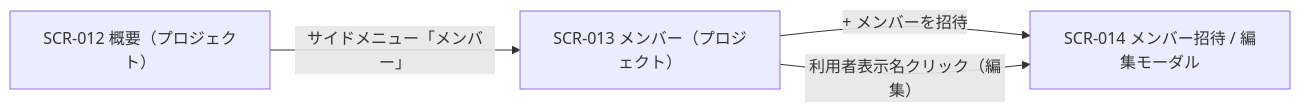
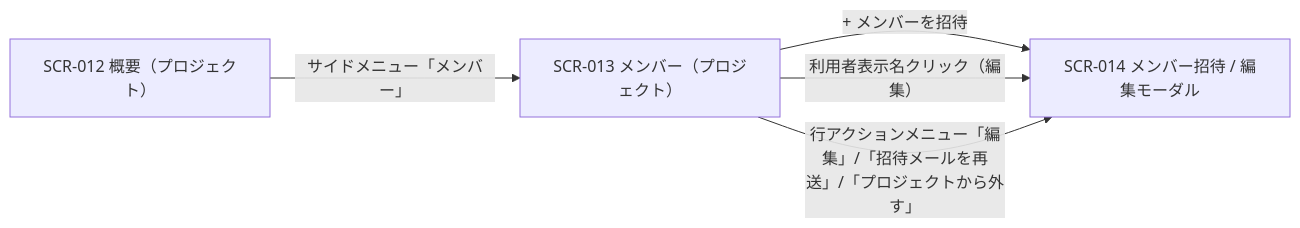
One commit to sikakou54/open-faq changed the diagram in 02_basic_design/01_frontend/01_screens/SCR-013.md. Above: the diagram before and after it, drawn with Mermaid. The commit also changed other lines of this file and 54 other files, not shown here.

````diff
--- a/02_basic_design/01_frontend/01_screens/SCR-013.md
+++ b/02_basic_design/01_frontend/01_screens/SCR-013.md
@@ -21,9 +21,10 @@
 ```mermaid
 flowchart LR
   S1["SCR-013 メンバー（プロジェクト）"]
   S2["SCR-014 メンバー招待 / 編集モーダル"]
   S0["SCR-012 概要（プロジェクト）"]
   S0 -->|サイドメニュー「メンバー」| S1
   S1 -->|+ メンバーを招待| S2
   S1 -->|利用者表示名クリック（編集）| S2
+  S1 -->|行アクションメニュー「編集」/「招待メールを再送」/「プロジェクトから外す」| S2
 ```
````
